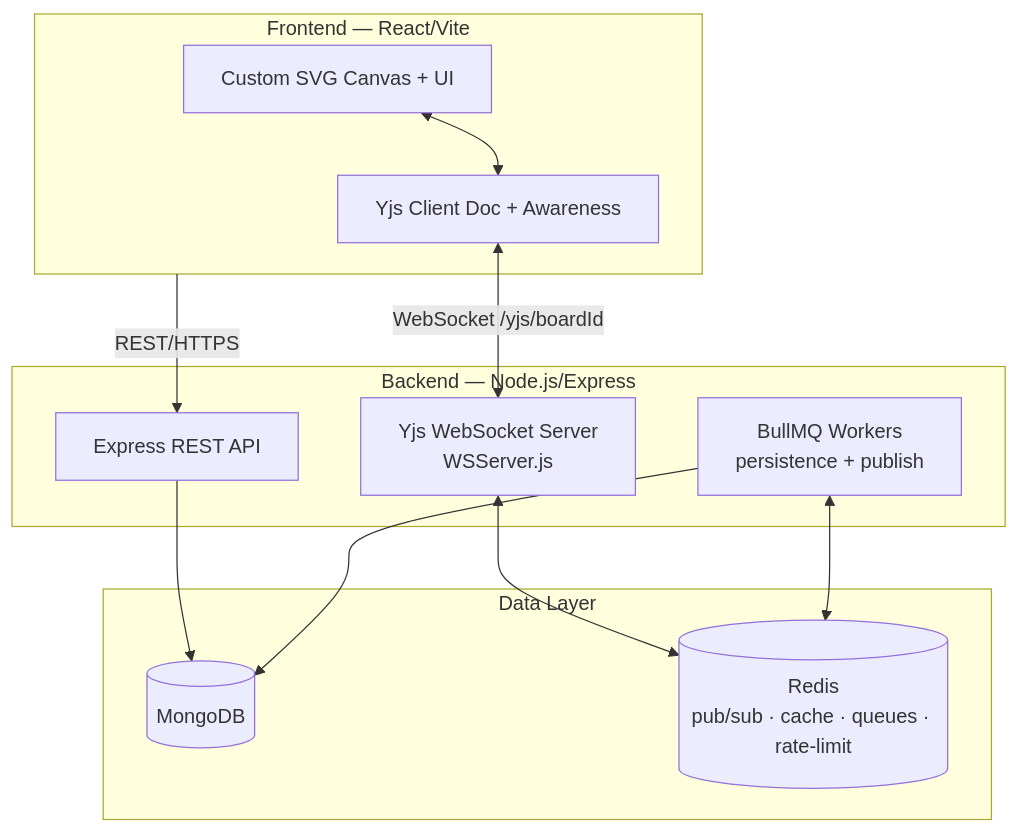
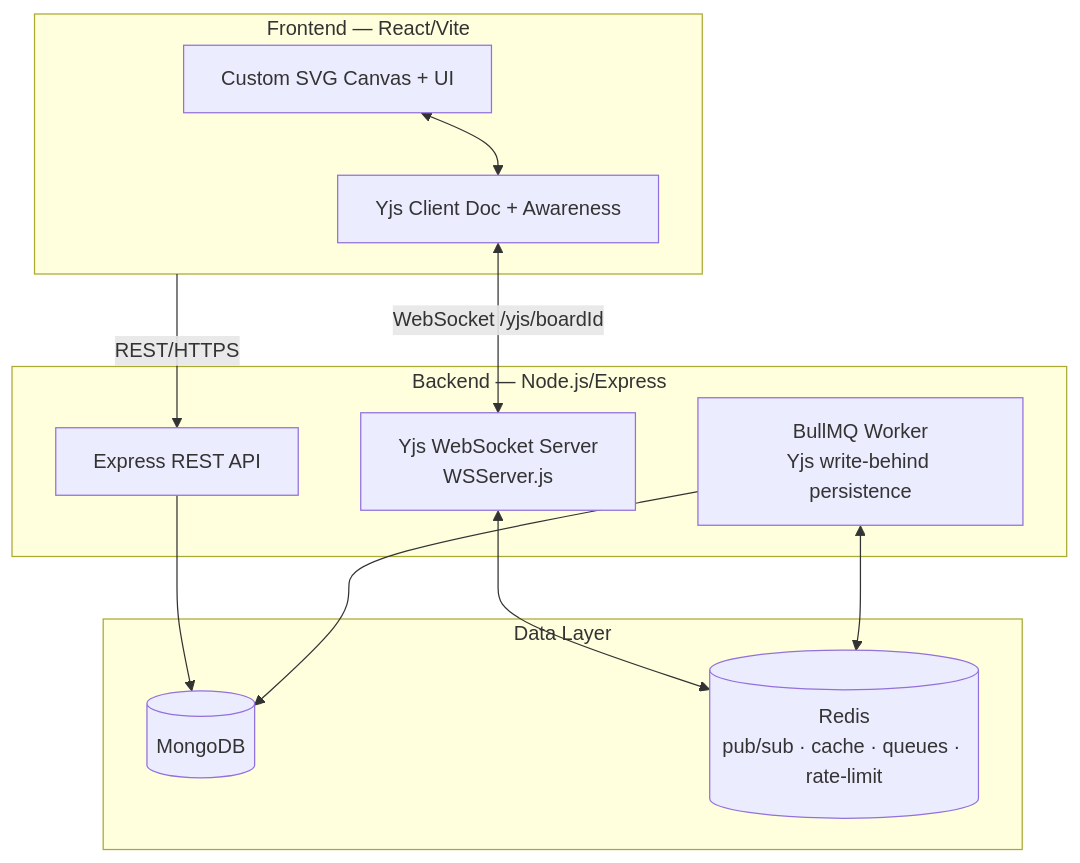
The diagram in README.md (Arghadeep78/collaborative-realtime-workspace), drawn with Mermaid before and after one commit. The commit also changed other lines of this file and 27 other files, not shown here.

````diff
--- a/README.md
+++ b/README.md
@@ -58,26 +63,26 @@
 ```mermaid
 graph TD
     subgraph Client [Frontend — React/Vite]
         UI[Custom SVG Canvas + UI]
         YjsClient[Yjs Client Doc + Awareness]
         UI <--> YjsClient
     end
 
     subgraph Server [Backend — Node.js/Express]
         API[Express REST API]
         YjsServer[Yjs WebSocket Server<br/>WSServer.js]
-        Workers[BullMQ Workers<br/>persistence + publish]
+        Workers[BullMQ Worker<br/>Yjs write-behind persistence]
     end
 
     subgraph Data [Data Layer]
         MongoDB[(MongoDB)]
         Redis[(Redis<br/>pub/sub · cache · queues · rate-limit)]
     end
 
     Client -- REST/HTTPS --> API
     YjsClient <-- WebSocket /yjs/boardId --> YjsServer
     API --> MongoDB
     YjsServer <--> Redis
     Workers <--> Redis
     Workers --> MongoDB
 ```
````
